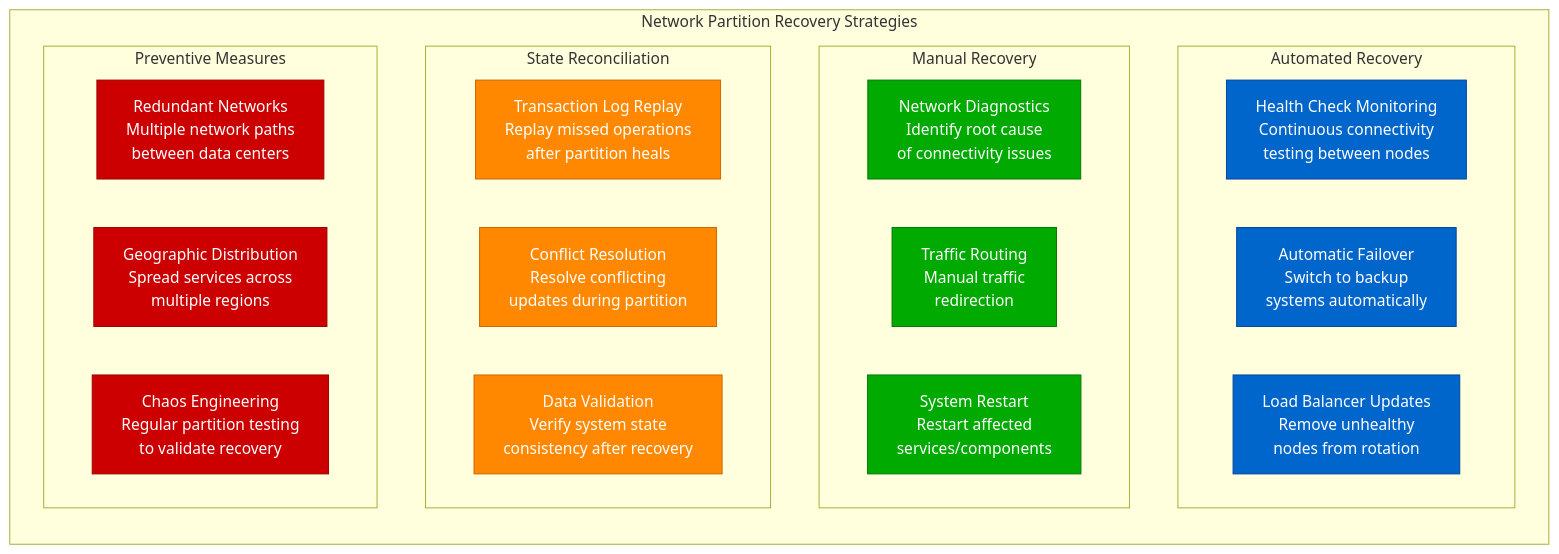
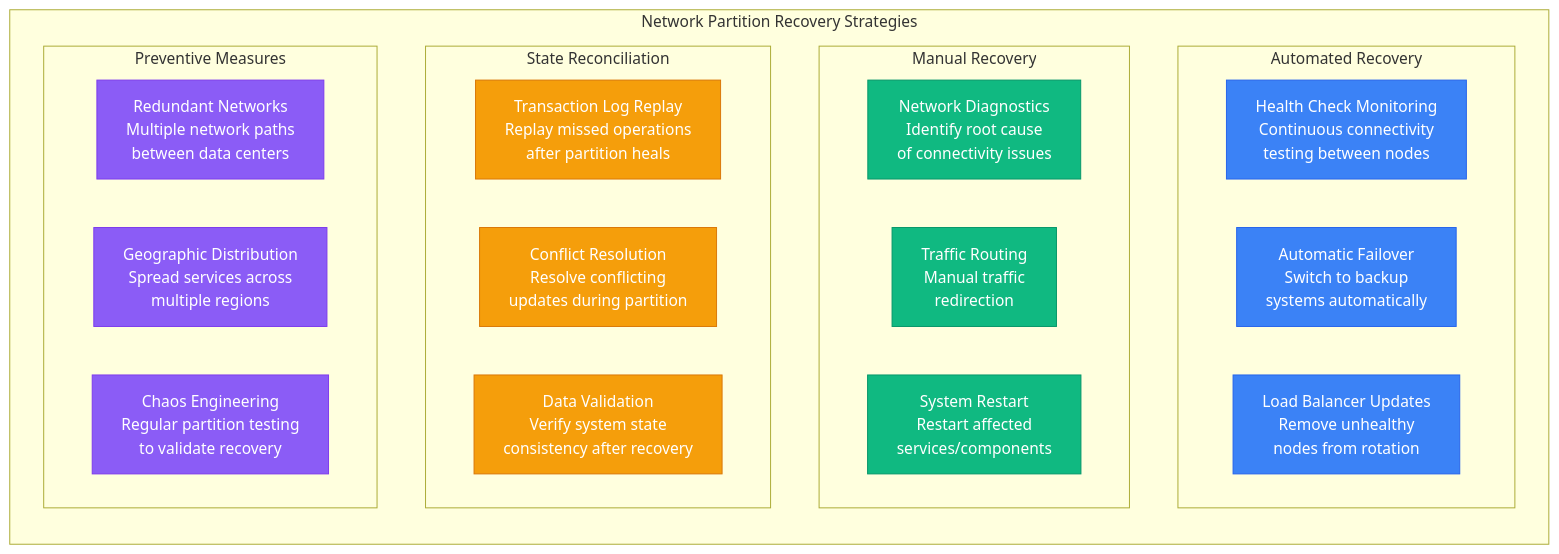
The ninth of 9 diagrams in site/docs/guarantees/exactly-once/exactly-once-failures.md (deepaucksharma/DS), drawn with Mermaid before and after one commit. The commit also changed other lines of this file and 303 other files, not shown here.

````diff
--- a/site/docs/guarantees/exactly-once/exactly-once-failures.md
+++ b/site/docs/guarantees/exactly-once/exactly-once-failures.md
@@ -649,38 +649,38 @@
 ```mermaid
 graph LR
     subgraph RecoveryStrategies[Network Partition Recovery Strategies]
         subgraph AutomatedRecovery[Automated Recovery]
             AR1[Health Check Monitoring<br/>Continuous connectivity<br/>testing between nodes]
             AR2[Automatic Failover<br/>Switch to backup<br/>systems automatically]
             AR3[Load Balancer Updates<br/>Remove unhealthy<br/>nodes from rotation]
         end
 
         subgraph ManualRecovery[Manual Recovery]
             MR1[Network Diagnostics<br/>Identify root cause<br/>of connectivity issues]
             MR2[Traffic Routing<br/>Manual traffic<br/>redirection]
             MR3[System Restart<br/>Restart affected<br/>services/components]
         end
 
         subgraph StateReconciliation[State Reconciliation]
             SR1[Transaction Log Replay<br/>Replay missed operations<br/>after partition heals]
             SR2[Conflict Resolution<br/>Resolve conflicting<br/>updates during partition]
             SR3[Data Validation<br/>Verify system state<br/>consistency after recovery]
         end
 
         subgraph PreventiveMeasures[Preventive Measures]
             PM1[Redundant Networks<br/>Multiple network paths<br/>between data centers]
             PM2[Geographic Distribution<br/>Spread services across<br/>multiple regions]
             PM3[Chaos Engineering<br/>Regular partition testing<br/>to validate recovery]
         end
     end
 
-    classDef automatedStyle fill:#0066CC,stroke:#004499,color:#fff
-    classDef manualStyle fill:#00AA00,stroke:#007700,color:#fff
-    classDef reconciliationStyle fill:#FF8800,stroke:#CC6600,color:#fff
-    classDef preventiveStyle fill:#CC0000,stroke:#990000,color:#fff
+    classDef automatedStyle fill:#3B82F6,stroke:#2563EB,color:#fff
+    classDef manualStyle fill:#10B981,stroke:#059669,color:#fff
+    classDef reconciliationStyle fill:#F59E0B,stroke:#D97706,color:#fff
+    classDef preventiveStyle fill:#8B5CF6,stroke:#7C3AED,color:#fff
 
     class AR1,AR2,AR3 automatedStyle
     class MR1,MR2,MR3 manualStyle
     class SR1,SR2,SR3 reconciliationStyle
     class PM1,PM2,PM3 preventiveStyle
 ```
````
